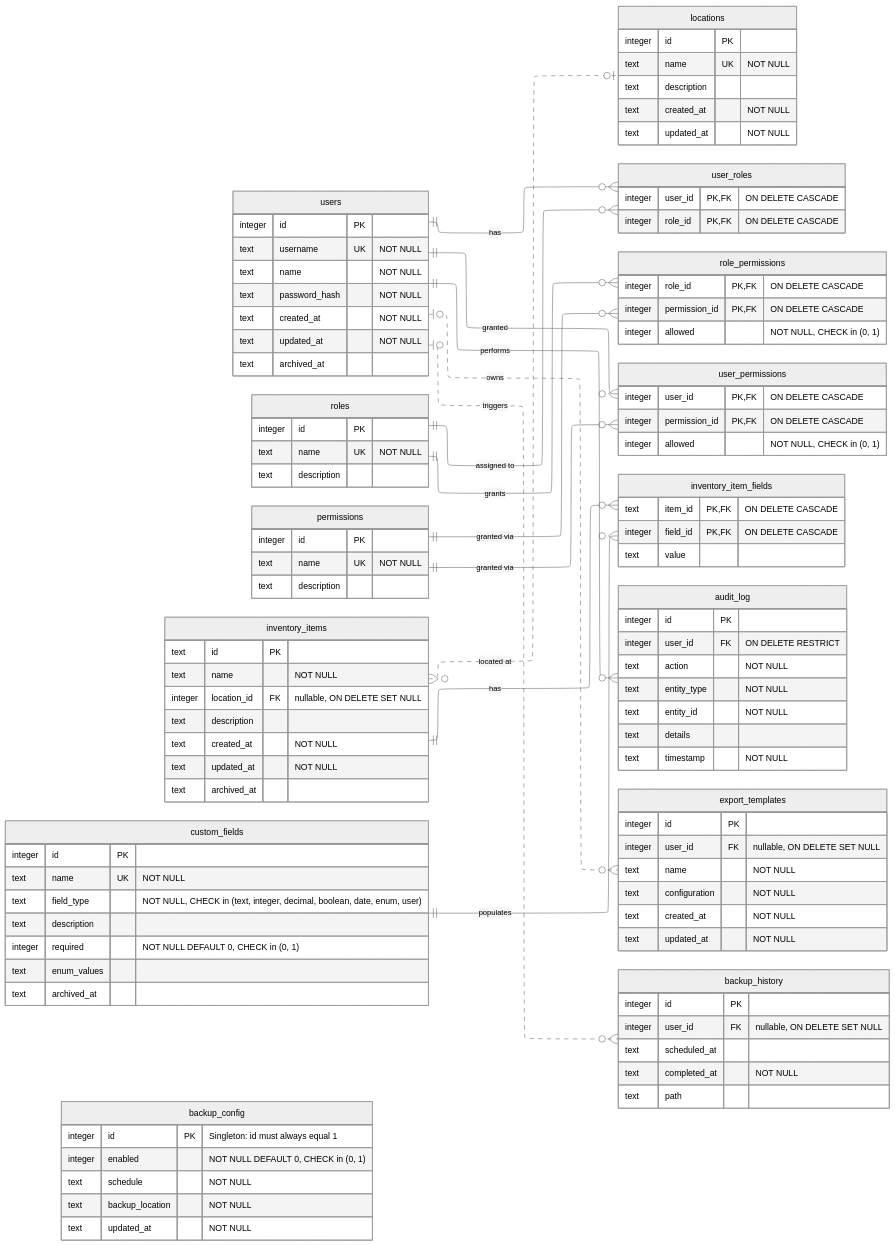
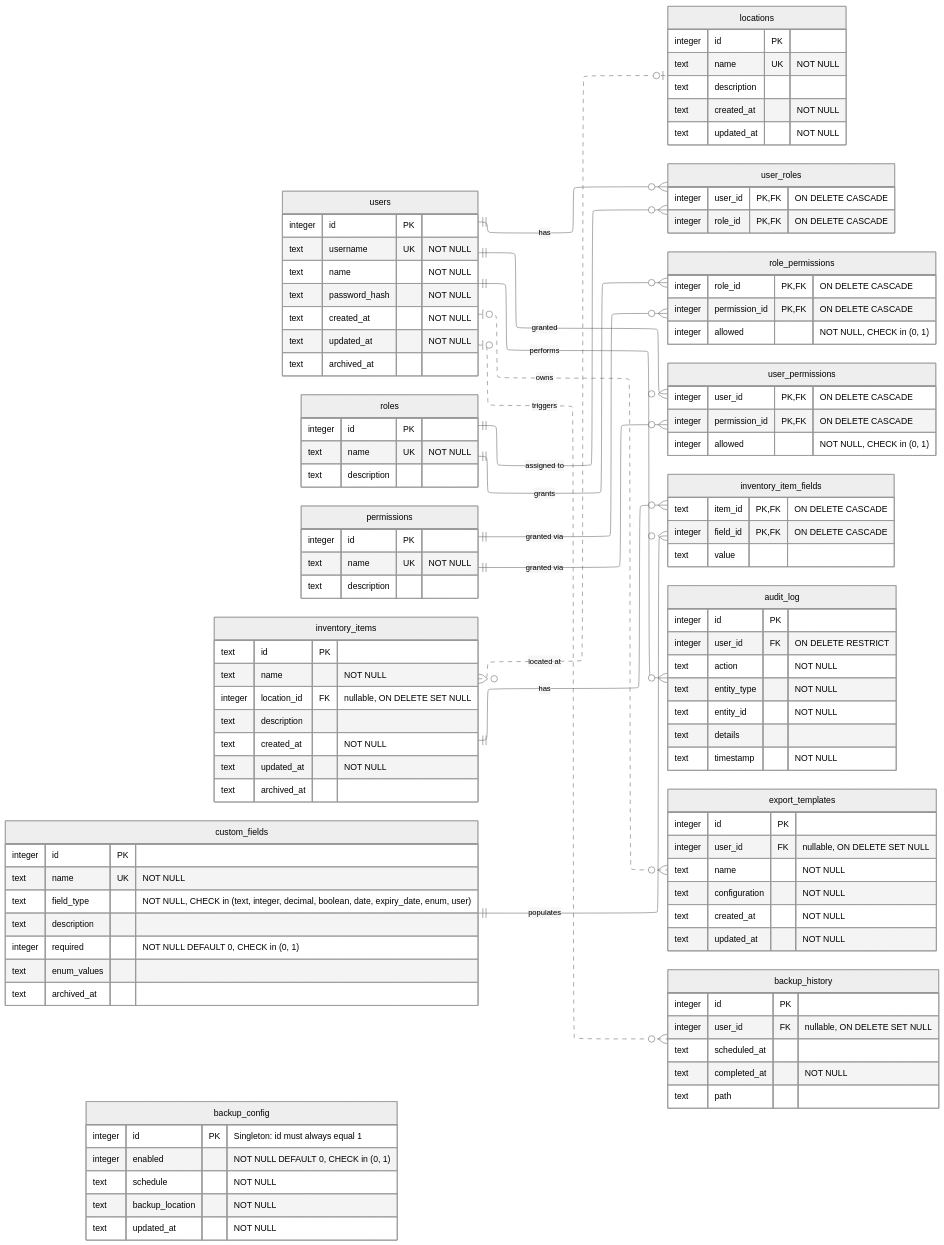
The diagram in docs/schema/schema.md (nemoe7/asset-tracker), drawn with Mermaid (neutral theme) before and after one commit. The commit also changed 19 other files, not shown here.

Commit message:
feat(inventory): add expiry_date custom field type

```diff
--- a/docs/schema/schema.md
+++ b/docs/schema/schema.md
@@ -51,7 +51,7 @@
     custom_fields {
         integer id PK
         text name UK "NOT NULL"
-        text field_type "NOT NULL, CHECK in (text, integer, decimal, boolean, date, enum, user)"
+        text field_type "NOT NULL, CHECK in (text, integer, decimal, boolean, date, expiry_date, enum, user)"
         text description
         integer required "NOT NULL DEFAULT 0, CHECK in (0, 1)"
         text enum_values
```
